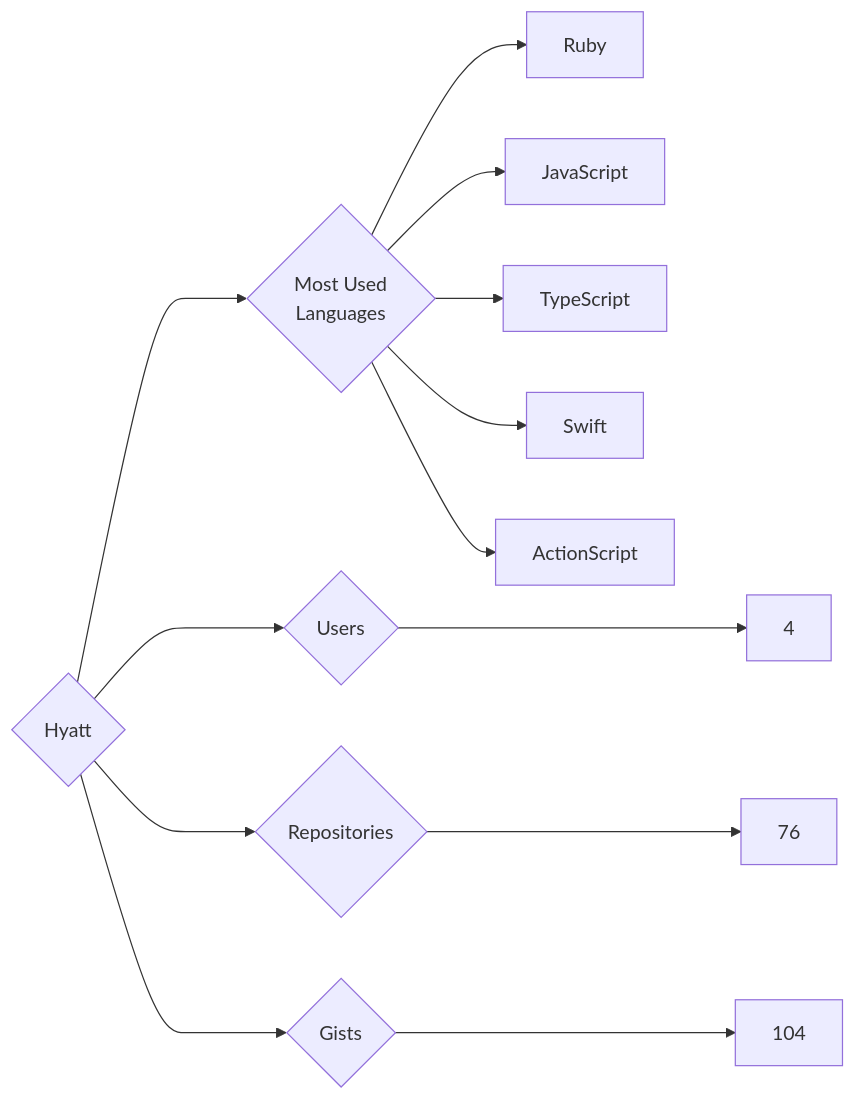
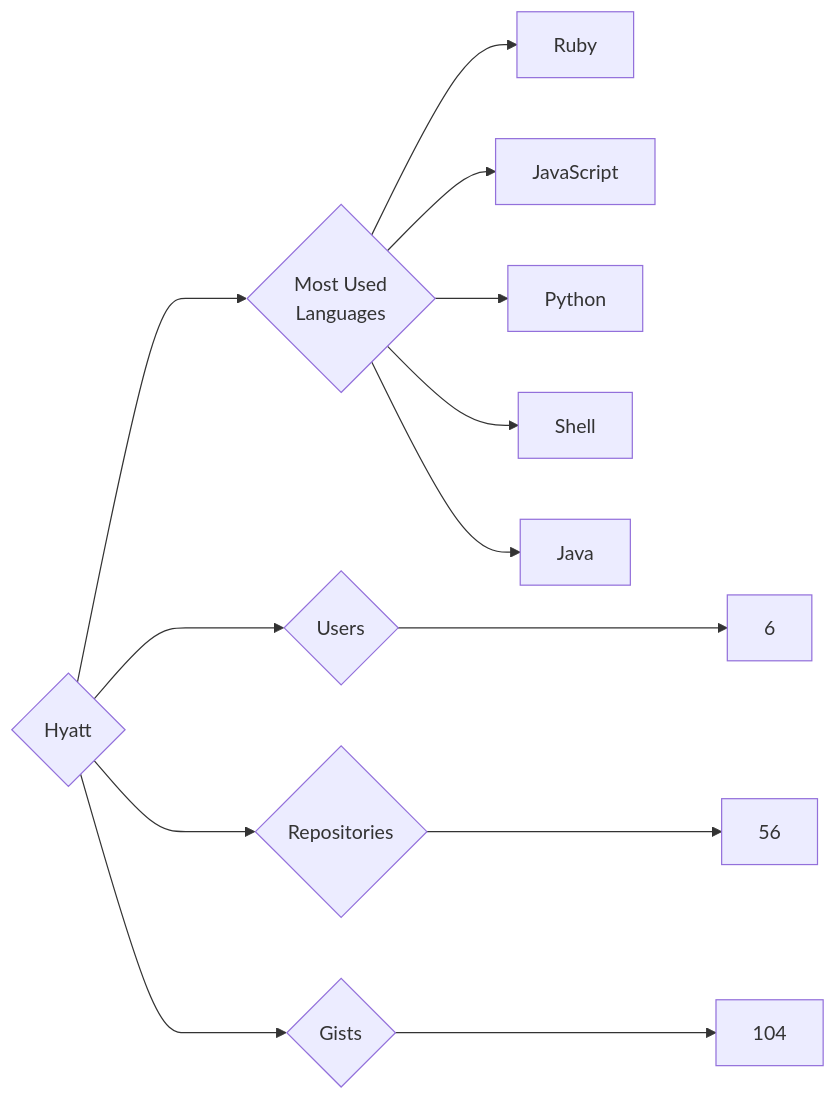
One commit to trickest/insiders changed the diagram in targets/Hyatt/README.md. Above: the diagram before and after it, drawn with Mermaid. The commit also changed 1314 other files, not shown here.

````diff
--- a/targets/Hyatt/README.md
+++ b/targets/Hyatt/README.md
@@ -3,13 +3,13 @@
 ```mermaid
 graph LR
 COMPANY_NAME{Hyatt}
-COMPANY_NAME ---> U{Users} ---> UN[4]
-COMPANY_NAME ---> R{Repositories} ---> RN[76]
+COMPANY_NAME ---> U{Users} ---> UN[6]
+COMPANY_NAME ---> R{Repositories} ---> RN[56]
 COMPANY_NAME ---> G{Gists} ---> GN[104]
 COMPANY_NAME ---> ML{Most Used<br>Languages}
 ML --> Ruby[Ruby]
 ML --> JavaScript[JavaScript]
-ML --> TypeScript[TypeScript]
-ML --> Swift[Swift]
-ML --> ActionScript[ActionScript]
+ML --> Python[Python]
+ML --> Shell[Shell]
+ML --> Java[Java]
 ```
````
